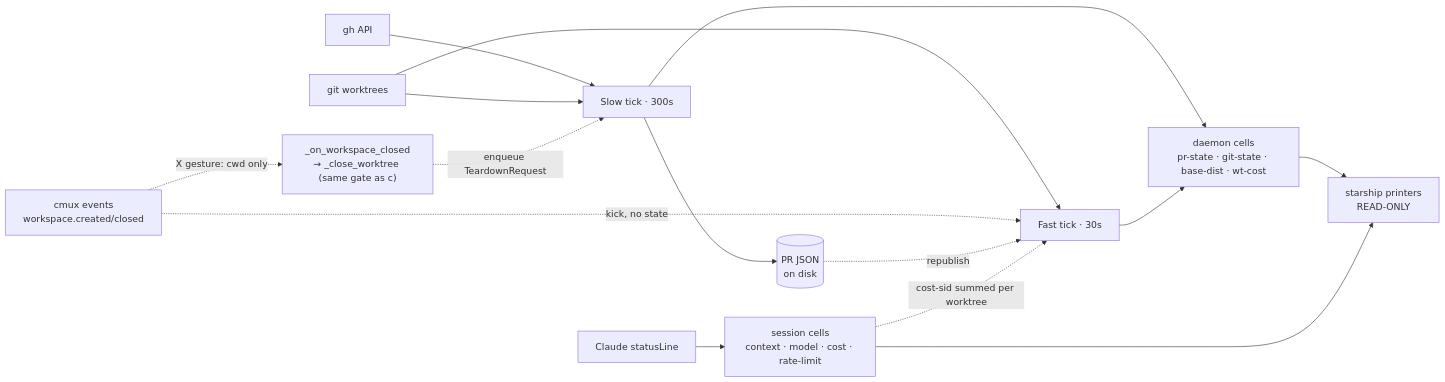
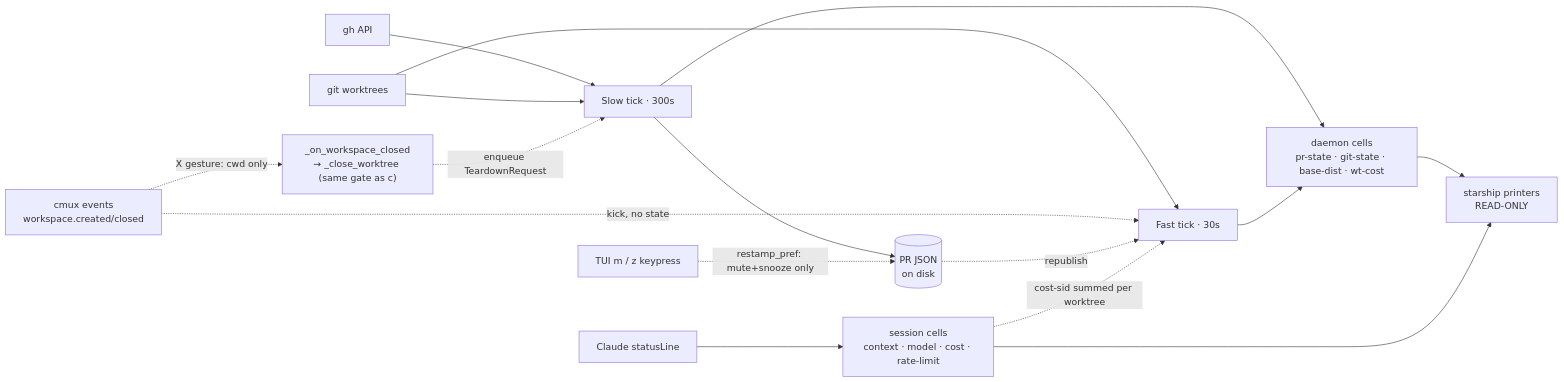
Before and after one commit to khivi/cockpit: the fifth of 5 diagrams in docs/state-machine.md, drawn with Mermaid. The commit also changed other lines of this file and 5 other files, not shown here.

First line of the commit message:
fix(tui): repaint mute/snooze on the keypress instead of at cycle end (#371)

````diff
--- a/docs/state-machine.md
+++ b/docs/state-machine.md
@@ -398,21 +398,22 @@
 ```mermaid
 flowchart LR
   GH["gh API"] --> SLOW["Slow tick · 300s"]
   GIT["git worktrees"] --> SLOW
   GIT --> FAST["Fast tick · 30s"]
   EV["cmux events<br/>workspace.created/closed"] -.kick, no state.-> FAST
   EV -.X gesture: cwd only.-> XCLOSE["_on_workspace_closed<br/>→ _close_worktree (same gate as c)"]
   XCLOSE -.enqueue TeardownRequest.-> SLOW
 
   SLOW --> DISK[("PR JSON<br/>on disk")]
   DISK -.republish.-> FAST
+  KEY["TUI m / z keypress"] -.restamp_pref: mute+snooze only.-> DISK
 
   SLOW --> CELLS["daemon cells<br/>pr-state · git-state · base-dist · wt-cost"]
   FAST --> CELLS
 
   STDIN["Claude statusLine"] --> SESS["session cells<br/>context · model · cost · rate-limit"]
   SESS -.cost-sid summed per worktree.-> FAST
 
   CELLS --> RENDER["starship printers<br/>READ-ONLY"]
   SESS --> RENDER
 ```
````
